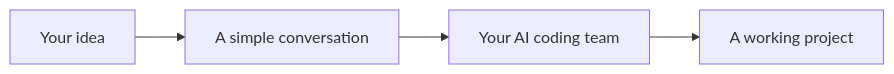
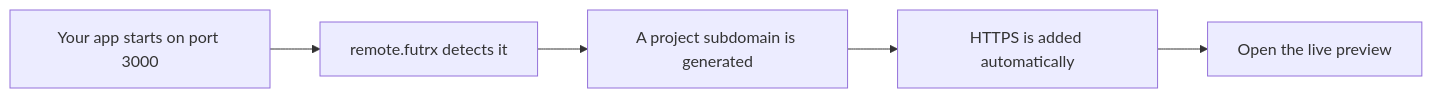
One commit to AbdallahMohamedDotnet/remote.futrx changed the first of 3 diagrams in README.md. Above: the diagram before and after it, drawn with Mermaid. The commit also changed other lines of this file, not shown here.

````diff
--- a/README.md
+++ b/README.md
@@ -9,6 +42,7 @@
 ```mermaid
 flowchart LR
-    A["Your idea"] --> B["A simple conversation"]
-    B --> C["Your AI coding team"]
-    C --> D["A working project"]
+    A["Your app starts on port 3000"] --> B["remote.futrx detects it"]
+    B --> C["A project subdomain is generated"]
+    C --> D["HTTPS is added automatically"]
+    D --> E["Open the live preview"]
 ```
````
